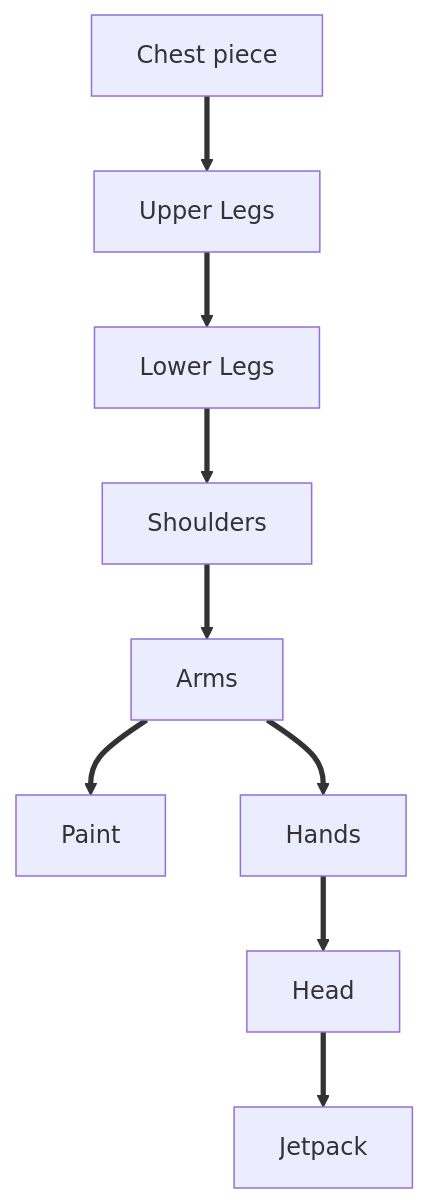
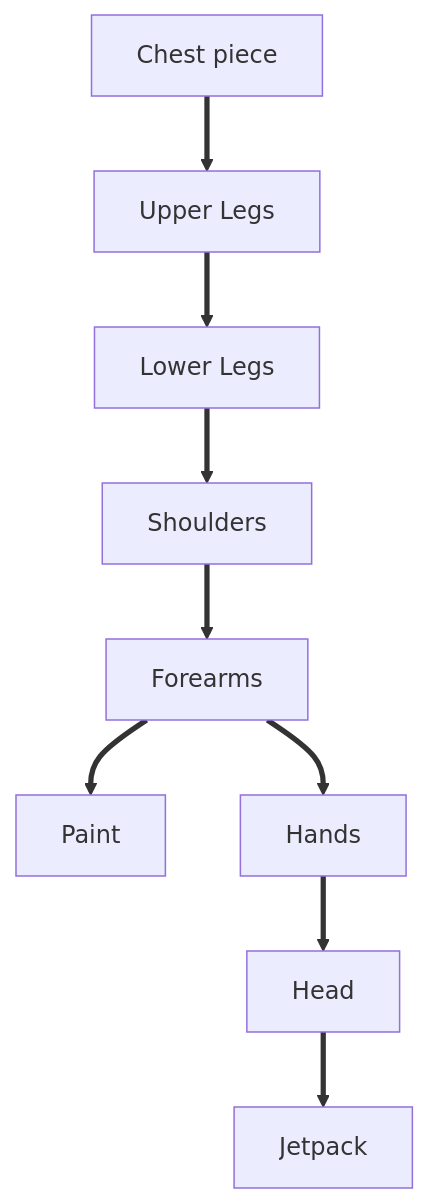
One commit to seeker316/seeker316.github.io changed the diagram in _posts/2022-11-09-test.md. Above: the diagram before and after it, drawn with Mermaid. The commit also changed other lines of this file, not shown here.

````diff
--- a/_posts/2022-11-09-test.md
+++ b/_posts/2022-11-09-test.md
@@ -50,12 +50,12 @@
 ```mermaid
 graph TD
 A[Chest piece] ==> B[Upper Legs]
 B ==> C[Lower Legs]
 C ==> D[Shoulders]
-D ==> E[Arms]
+D ==> E[Forearms]
 E ==> I[Paint]
 E ==> F[Hands]
 F ==> G[Head]
 G ==> H[Jetpack]
 
 ```
````
